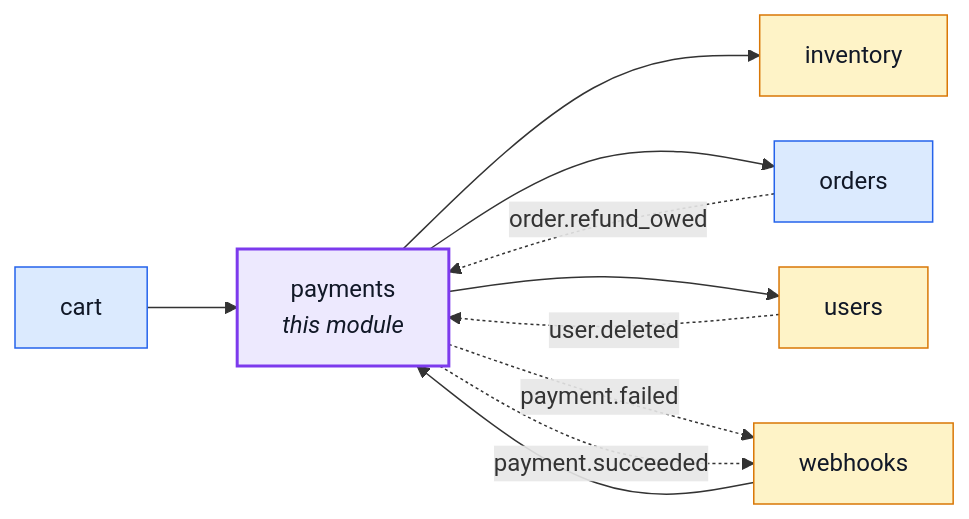
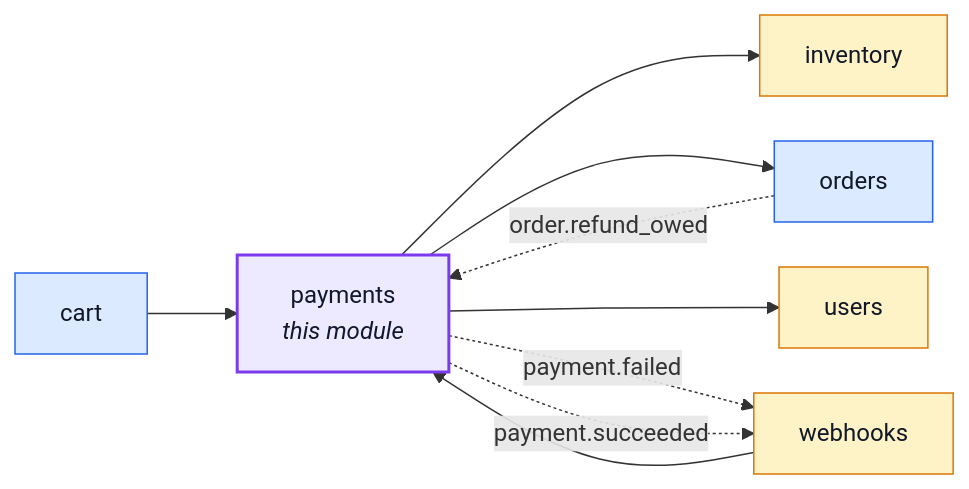
One commit to Guebbit/boilerplate-node-backend changed the first of 6 diagrams in docs/modules/payments.md. Above: the diagram before and after it, drawn with Mermaid. The commit also changed 38 other files, not shown here.

````diff
--- a/docs/modules/payments.md
+++ b/docs/modules/payments.md
@@ -16,28 +16,27 @@
 ```mermaid
 %%{init: {'flowchart': {'nodeSpacing': 30, 'rankSpacing': 60}}}%%
 flowchart LR
     payments["payments<br/><i>this module</i>"]
     cart["cart"]
     inventory["inventory"]
     orders["orders"]
     users["users"]
     webhooks["webhooks"]
 
     cart --> payments
     webhooks --> payments
     payments --> inventory
     payments --> orders
     payments --> users
     orders -. "order.refund_owed" .-> payments
-    users -. "user.deleted" .-> payments
     payments -. "payment.failed" .-> webhooks
     payments -. "payment.succeeded" .-> webhooks
 
     classDef core fill:#dbeafe,stroke:#2563eb,color:#111827;
     classDef supporting fill:#fef3c7,stroke:#d97706,color:#111827;
     classDef generic fill:#dcfce7,stroke:#16a34a,color:#111827;
     classDef centre fill:#ede9fe,stroke:#7c3aed,stroke-width:2px,color:#111827;
     class cart,orders core;
     class inventory,users,webhooks supporting;
     class payments centre;
 ```
````
